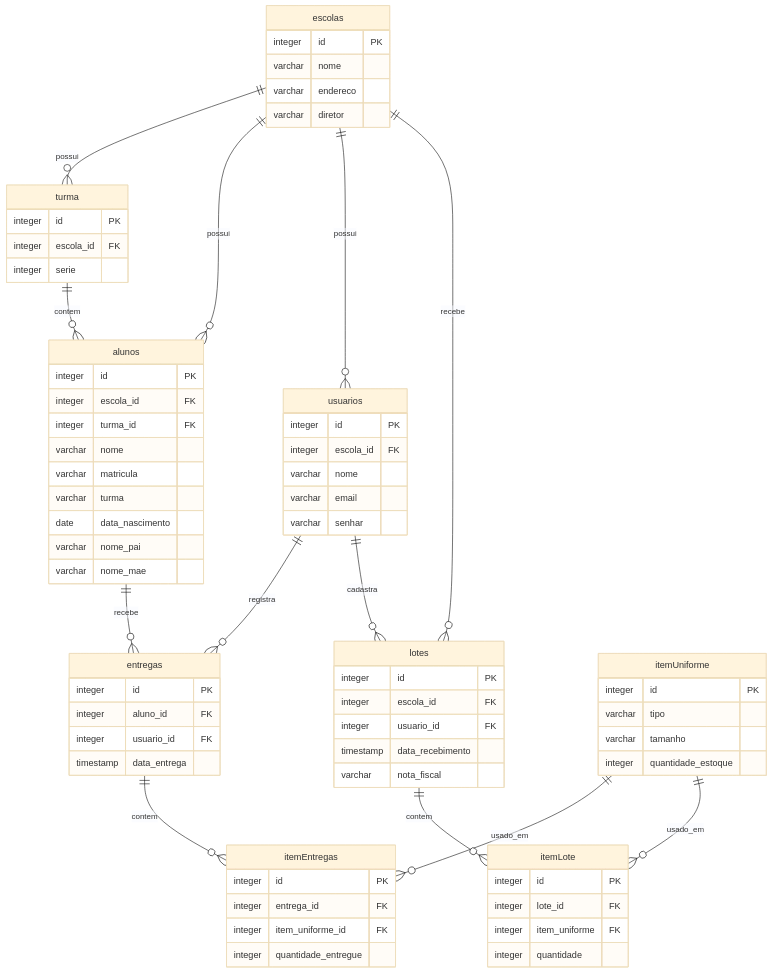
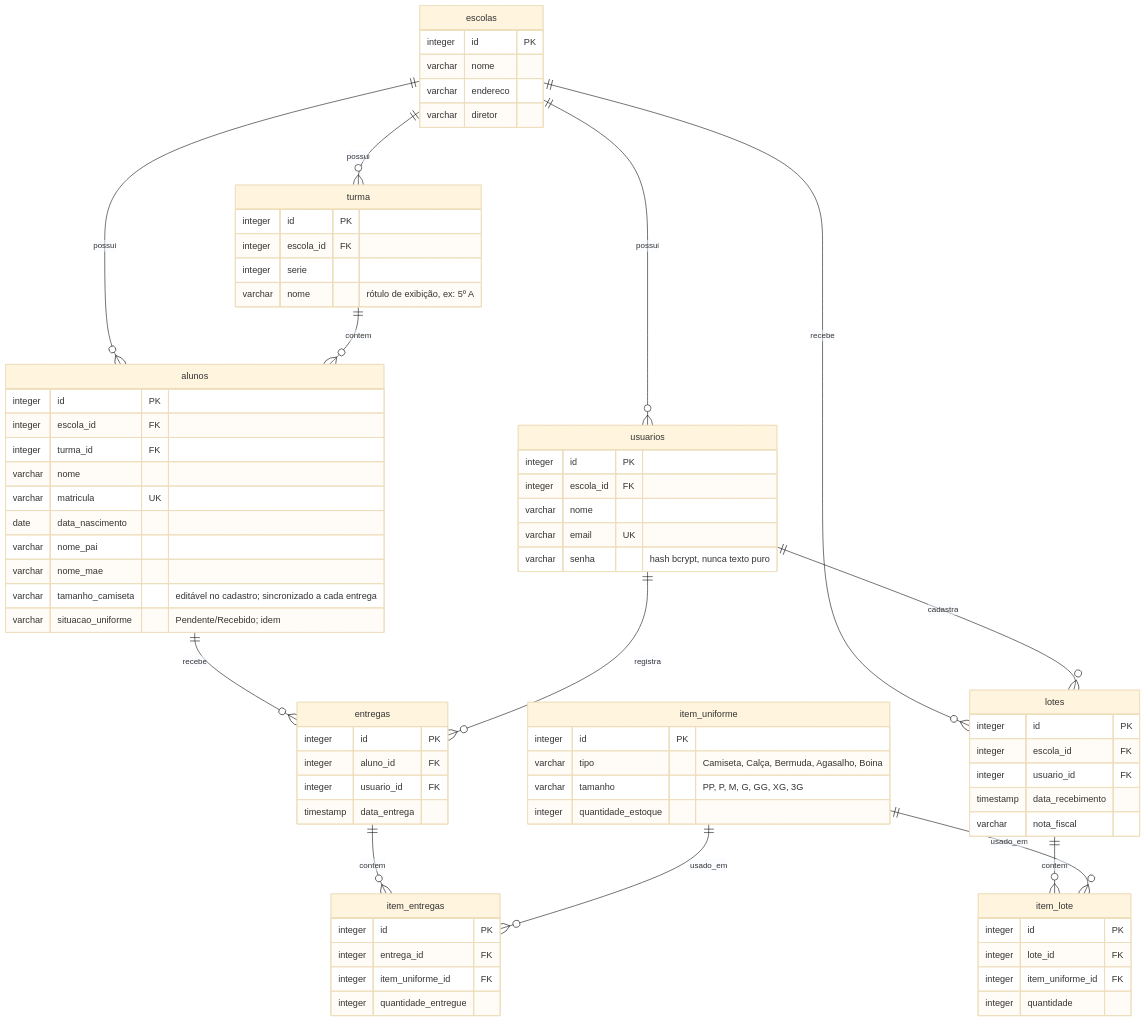
The diagram in docs/erd.md (IlhaYoshida/Projeto-Controle-de-Uniformes), drawn with Mermaid (base theme) before and after one commit. The commit also changed other lines of this file and 45 other files, not shown here.

````diff
--- a/docs/erd.md
+++ b/docs/erd.md
@@ -12,6 +12,7 @@
     integer id PK
     integer escola_id FK
     integer serie
+    varchar nome "rótulo de exibição, ex: 5º A"
 }
 
 alunos {
@@ -19,33 +20,27 @@
     integer escola_id FK
     integer turma_id FK
     varchar nome
-    varchar matricula
-    varchar turma
+    varchar matricula UK
     date data_nascimento
     varchar nome_pai
     varchar nome_mae
+    varchar tamanho_camiseta "editável no cadastro; sincronizado a cada entrega"
+    varchar situacao_uniforme "Pendente/Recebido; idem"
 }
 
 usuarios {
     integer id PK
     integer escola_id FK
     varchar nome
-    varchar email
-    varchar senhar
+    varchar email UK
+    varchar senha "hash bcrypt, nunca texto puro"
 }
 
-entregas {
+item_uniforme {
     integer id PK
-    integer aluno_id FK
-    integer usuario_id FK
-    timestamp data_entrega
-}
-
-itemEntregas {
-    integer id PK
-    integer entrega_id FK
-    integer item_uniforme_id FK
-    integer quantidade_entregue
+    varchar tipo "Camiseta, Calça, Bermuda, Agasalho, Boina"
+    varchar tamanho "PP, P, M, G, GG, XG, 3G"
+    integer quantidade_estoque
 }
 
 lotes {
@@ -56,30 +51,37 @@
     varchar nota_fiscal
 }
 
-itemLote {
+item_lote {
     integer id PK
     integer lote_id FK
-    integer item_uniforme FK
+    integer item_uniforme_id FK
     integer quantidade
 }
 
-itemUniforme {
+entregas {
     integer id PK
-    varchar tipo
-    varchar tamanho
-    integer quantidade_estoque
+    integer aluno_id FK
+    integer usuario_id FK
+    timestamp data_entrega
+}
+
+item_entregas {
+    integer id PK
+    integer entrega_id FK
+    integer item_uniforme_id FK
+    integer quantidade_entregue
 }
 
 escolas ||--o{ turma : "possui"
 escolas ||--o{ alunos : "possui"
 turma ||--o{ alunos : "contem"
 escolas ||--o{ usuarios : "possui"
+escolas ||--o{ lotes : "recebe"
+usuarios ||--o{ lotes : "cadastra"
+lotes ||--o{ item_lote : "contem"
+item_uniforme ||--o{ item_lote : "usado_em"
 alunos ||--o{ entregas : "recebe"
 usuarios ||--o{ entregas : "registra"
-entregas ||--o{ itemEntregas : "contem"
-itemUniforme ||--o{ itemEntregas : "usado_em"
-escolas ||--o{ lotes : "recebe"
-usuarios ||--o{ lotes : "cadastra"
-lotes ||--o{ itemLote : "contem"
-itemUniforme ||--o{ itemLote : "usado_em"
+entregas ||--o{ item_entregas : "contem"
+item_uniforme ||--o{ item_entregas : "usado_em"
 ```
````
